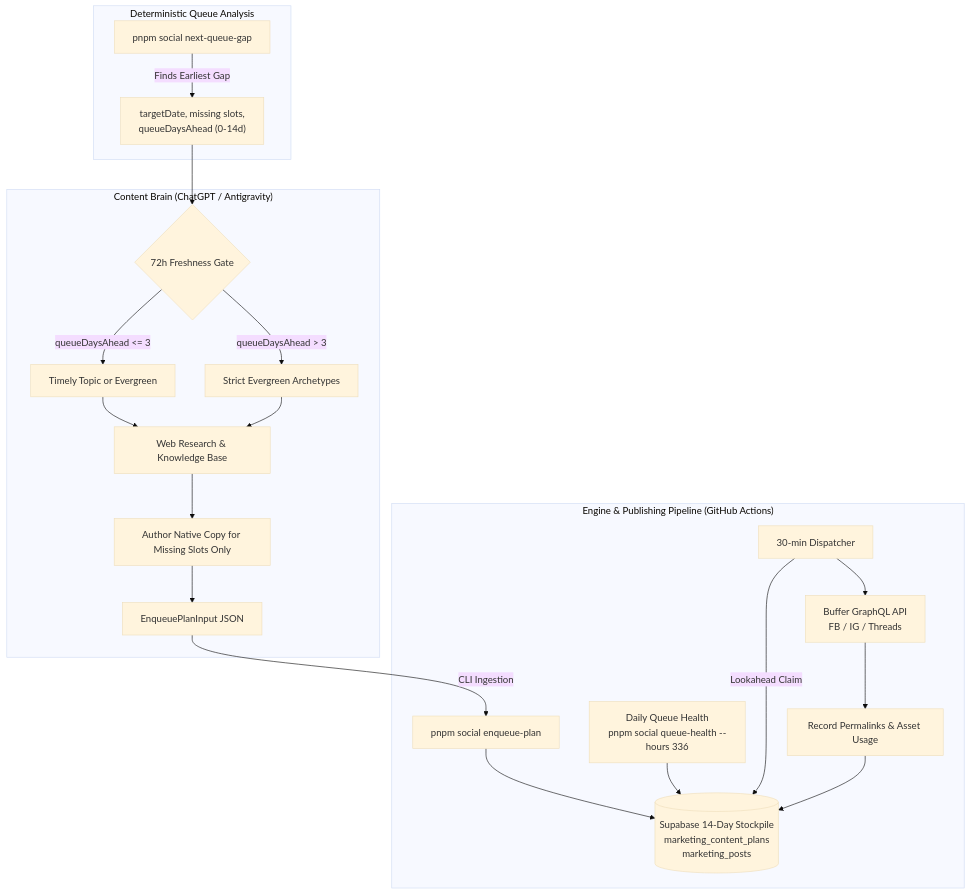
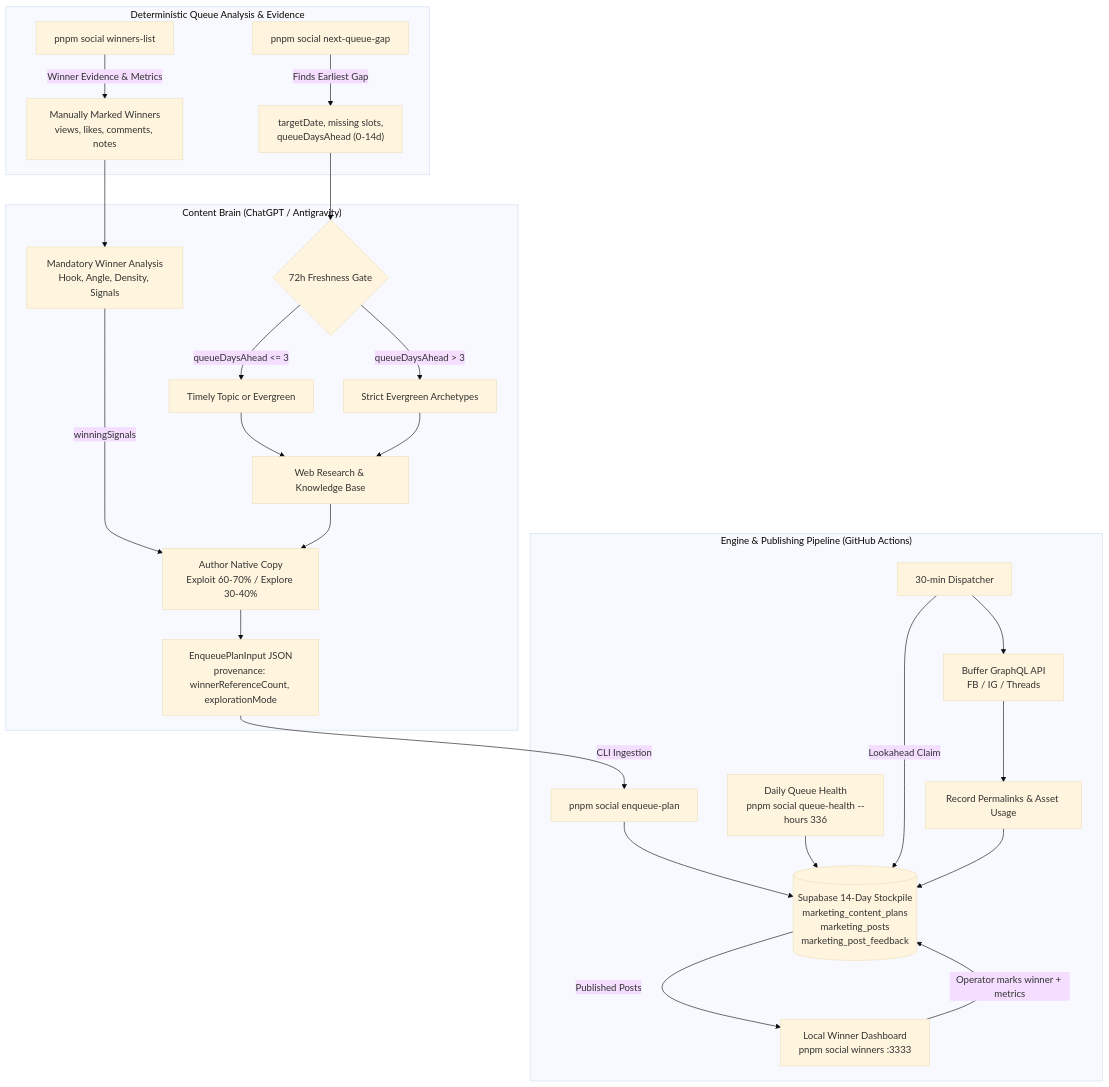
The diagram in docs/SCHEDULER_SETUP.md (egger-meow/eng-poster), drawn with Mermaid (base theme) before and after one commit. The commit also changed other lines of this file and 7 other files, not shown here.

Commit message:
feat(contract): integrate winner analysis and anti-copy rule into scheduler contract

````diff
--- a/docs/SCHEDULER_SETUP.md
+++ b/docs/SCHEDULER_SETUP.md
@@ -9,26 +9,31 @@
 ```mermaid
 flowchart TD
-  subgraph Discovery ["Deterministic Queue Analysis"]
+  subgraph Discovery ["Deterministic Queue Analysis & Evidence"]
     QG[pnpm social next-queue-gap] -->|Finds Earliest Gap| GapInfo["targetDate, missing slots,\nqueueDaysAhead (0-14d)"]
+    WL[pnpm social winners-list] -->|Winner Evidence & Metrics| WinnerData["Manually Marked Winners\nviews, likes, comments, notes"]
   end
 
   subgraph Brain ["Content Brain (ChatGPT / Antigravity)"]
     GapInfo --> R{72h Freshness Gate}
     R -->|queueDaysAhead <= 3| T[Timely Topic or Evergreen]
     R -->|queueDaysAhead > 3| E[Strict Evergreen Archetypes]
+    WinnerData --> WA[Mandatory Winner Analysis\nHook, Angle, Density, Signals]
     T --> W[Web Research & Knowledge Base]
     E --> W
-    W --> P[Author Native Copy for Missing Slots Only]
-    P --> JSON[EnqueuePlanInput JSON]
+    WA -->|winningSignals| P[Author Native Copy\nExploit 60-70% / Explore 30-40%]
+    W --> P
+    P --> JSON[EnqueuePlanInput JSON\nprovenance: winnerReferenceCount, explorationMode]
   end
 
   subgraph Engine ["Engine & Publishing Pipeline (GitHub Actions)"]
     JSON -->|CLI Ingestion| EP[pnpm social enqueue-plan]
-    EP --> DB[(Supabase 14-Day Stockpile\nmarketing_content_plans\nmarketing_posts)]
+    EP --> DB[(Supabase 14-Day Stockpile\nmarketing_content_plans\nmarketing_posts\nmarketing_post_feedback)]
     QH[Daily Queue Health\npnpm social queue-health --hours 336] --> DB
     Cron[30-min Dispatcher] -->|Lookahead Claim| DB
     Cron --> Buffer[Buffer GraphQL API\nFB / IG / Threads]
     Buffer --> Reconcile[Record Permalinks & Asset Usage]
     Reconcile --> DB
+    DB -->|Published Posts| WD[Local Winner Dashboard\npnpm social winners :3333]
+    WD -->|Operator marks winner + metrics| DB
   end
 ```
````
